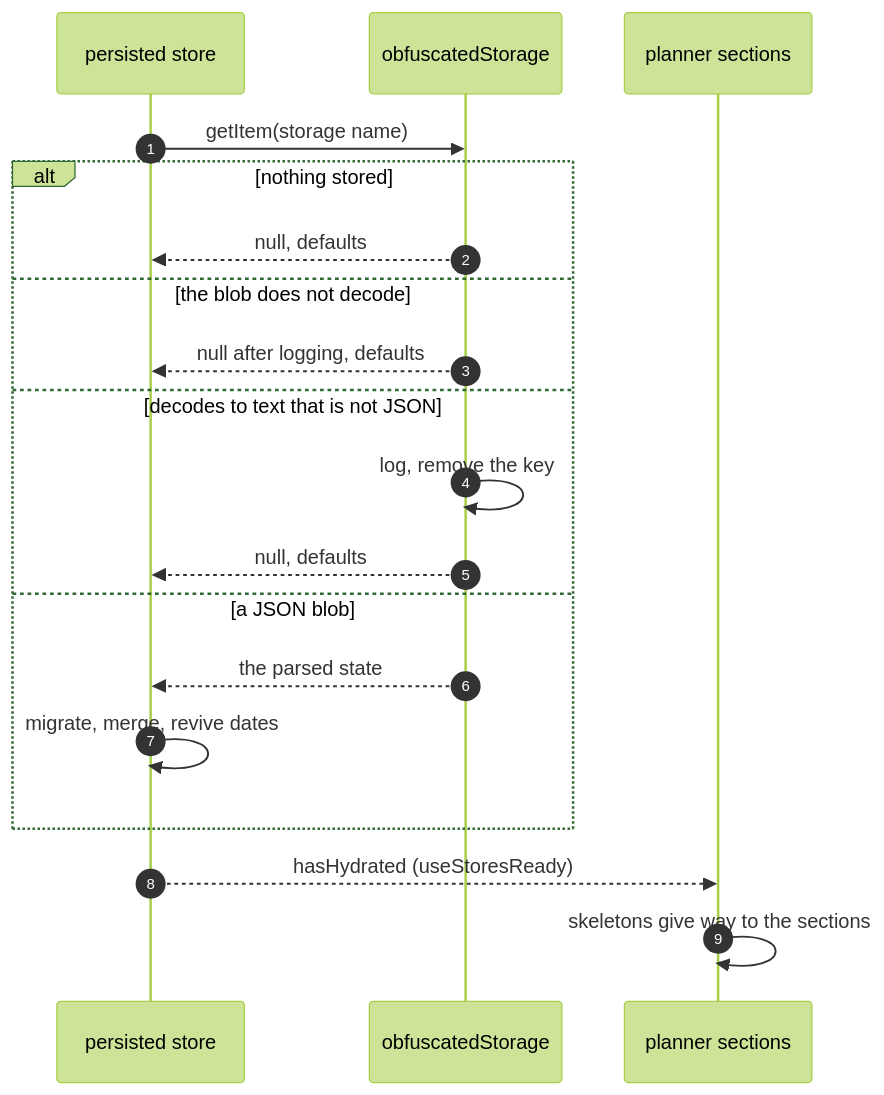
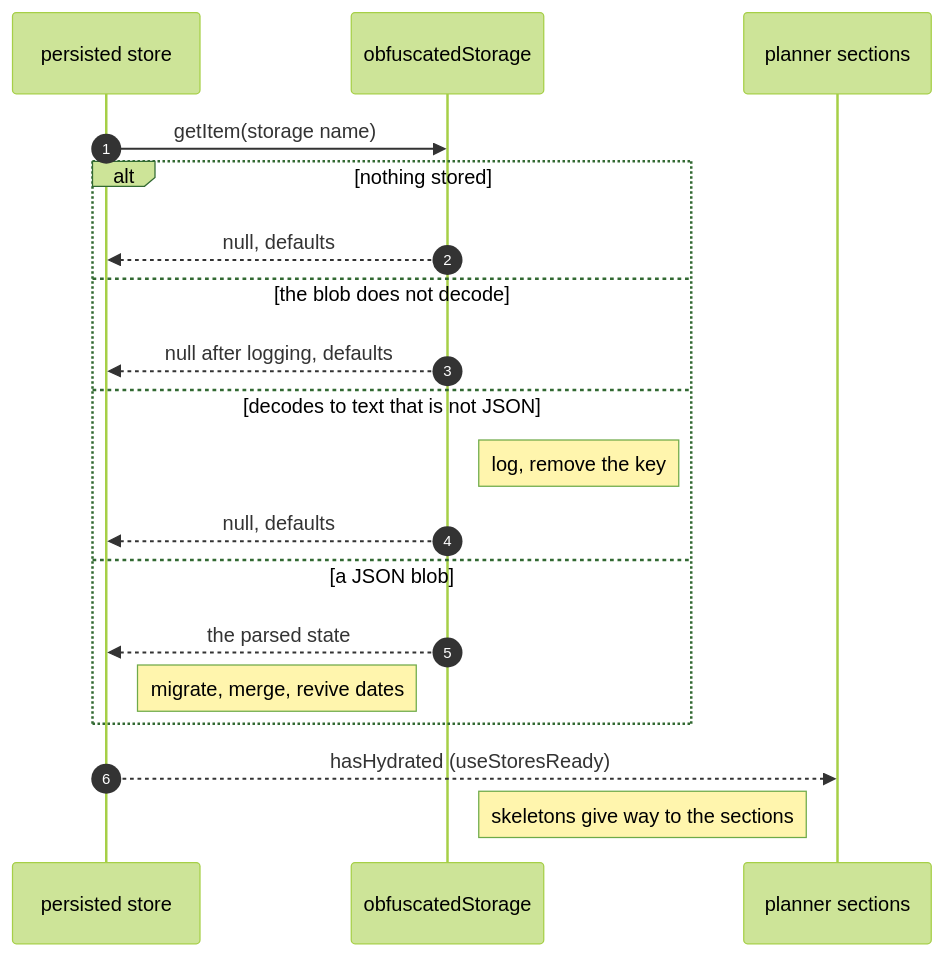
One commit to fbuireu/forever-pto changed the second of 2 diagrams in apps/docs/src/content/docs/how-it-works/state-stores.mdx. Above: the diagram before and after it, drawn with Mermaid (forest theme). The commit also changed other lines of this file and 26 other files, not shown here.

First line of the commit message:
docs(diagrams): fix split words, overlaps and oversized Mermaid diagrams

````diff
--- a/apps/docs/src/content/docs/how-it-works/state-stores.mdx
+++ b/apps/docs/src/content/docs/how-it-works/state-stores.mdx
@@ -43,26 +44,26 @@
 ```mermaid
 ---
 config:
   look: handDrawn
   layout: dagre
 ---
 sequenceDiagram
   autonumber
   participant ST as persisted store
   participant OS as obfuscatedStorage
   participant UI as planner sections
   ST->>OS: getItem(storage name)
   alt nothing stored
     OS-->>ST: null, defaults
   else the blob does not decode
     OS-->>ST: null after logging, defaults
   else decodes to text that is not JSON
-    OS->>OS: log, remove the key
+    Note right of OS: log, remove the key
     OS-->>ST: null, defaults
   else a JSON blob
     OS-->>ST: the parsed state
-    ST->>ST: migrate, merge, revive dates
+    Note right of ST: migrate, merge, revive dates
   end
   ST-->>UI: hasHydrated (useStoresReady)
-  UI->>UI: skeletons give way to the sections
+  Note left of UI: skeletons give way to the sections
 ```
````
